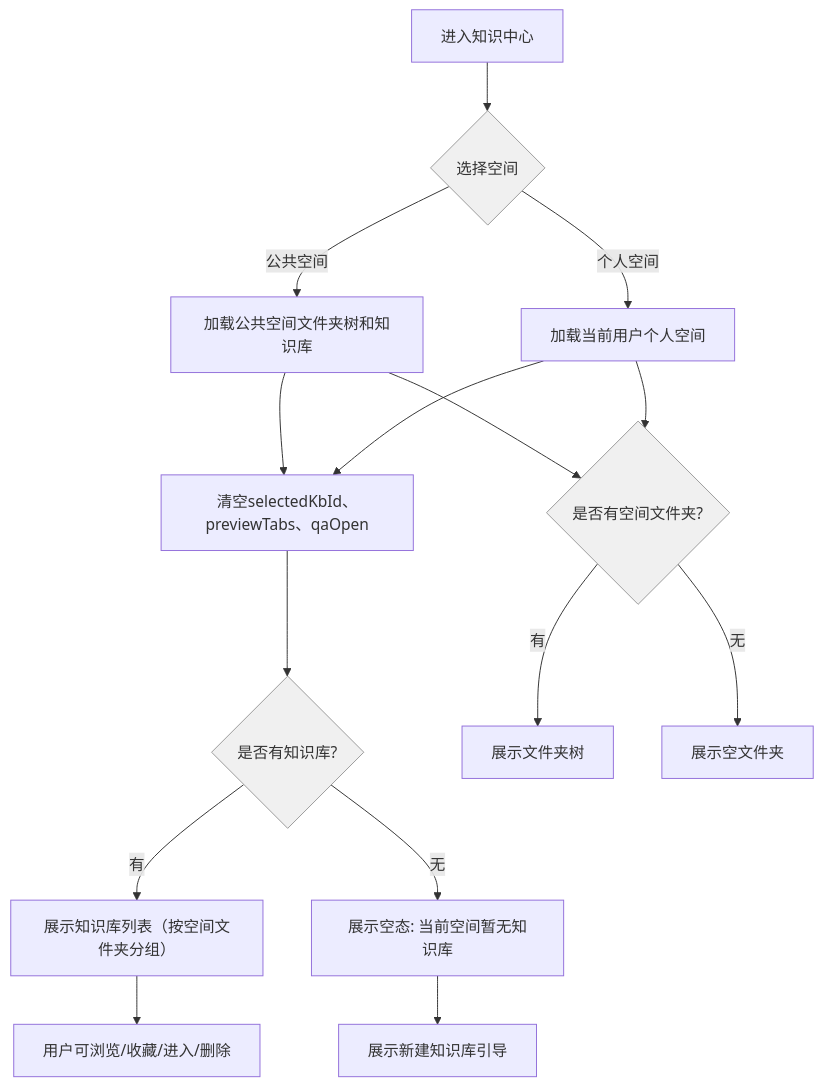
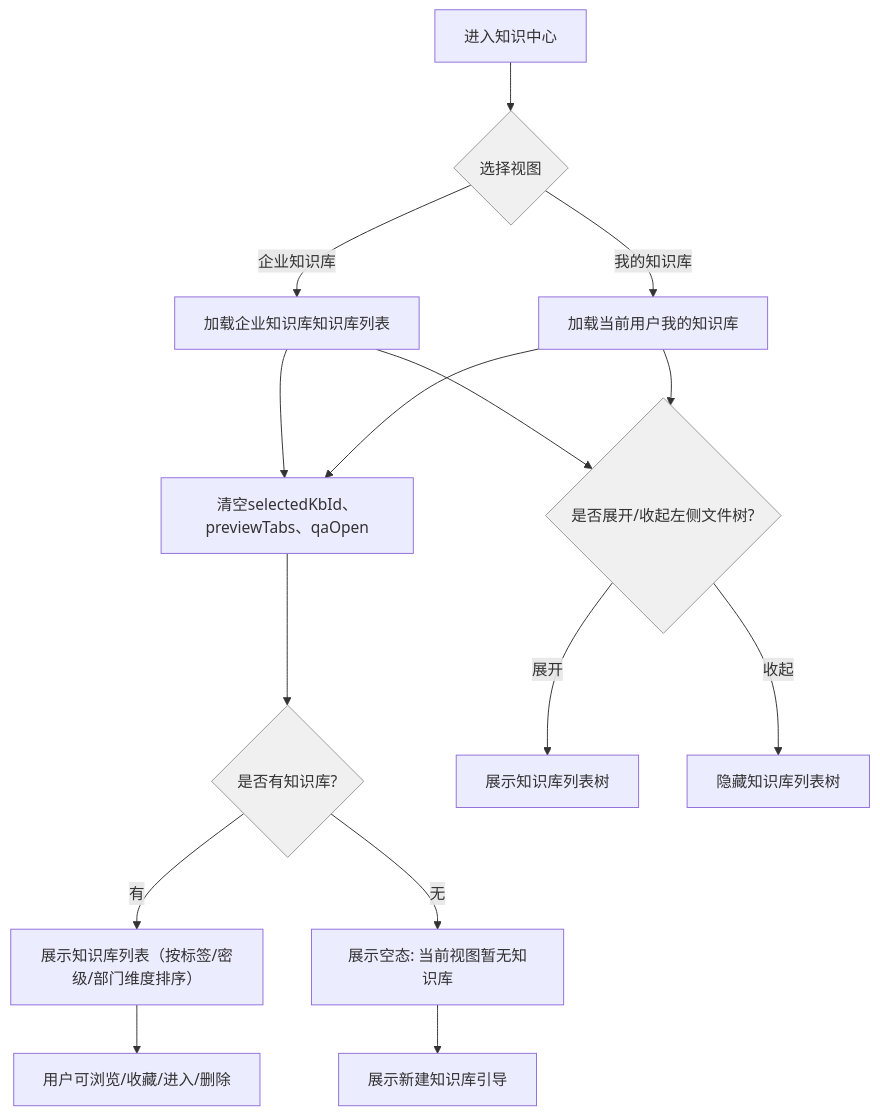
The fourth of 14 diagrams in docs/需求文档/20260703-【PRD】AI工作台-知识中心-天马智擎项目.md (fri555/PORTL), drawn with Mermaid before and after one commit. The commit also changed other lines of this file and 26 other files, not shown here.

````diff
--- a/docs/需求文档/20260703-【PRD】AI工作台-知识中心-天马智擎项目.md
+++ b/docs/需求文档/20260703-【PRD】AI工作台-知识中心-天马智擎项目.md
@@ -545,23 +566,23 @@
 ```mermaid
 flowchart TD
-    A["进入知识中心"] --> B{"选择空间"}
-    B -->|"公共空间"| C["加载公共空间文件夹树和知识库"]
-    B -->|"个人空间"| D["加载当前用户个人空间"]
+    A["进入知识中心"] --> B{"选择视图"}
+    B -->|"企业知识库"| C["加载企业知识库知识库列表"]
+    B -->|"我的知识库"| D["加载当前用户我的知识库"]
     C --> E["清空selectedKbId、previewTabs、qaOpen"]
     D --> E
     E --> F{"是否有知识库?"}
-    F -->|"有"| G["展示知识库列表（按空间文件夹分组）"]
-    F -->|"无"| H["展示空态: 当前空间暂无知识库"]
+    F -->|"有"| G["展示知识库列表（按标签/密级/部门维度排序）"]
+    F -->|"无"| H["展示空态: 当前视图暂无知识库"]
     G --> I["用户可浏览/收藏/进入/删除"]
     H --> J["展示新建知识库引导"]
 
-    C --> K{"是否有空间文件夹?"}
+    C --> K{"是否展开/收起左侧文件树?"}
     D --> K
-    K -->|"有"| L["展示文件夹树"]
-    K -->|"无"| M["展示空文件夹"]
+    K -->|"展开"| L["展示知识库列表树"]
+    K -->|"收起"| M["隐藏知识库列表树"]
 
     style B fill:#f0f0f0,stroke:#999
     style F fill:#f0f0f0,stroke:#999
     style K fill:#f0f0f0,stroke:#999
 
 ```
````
